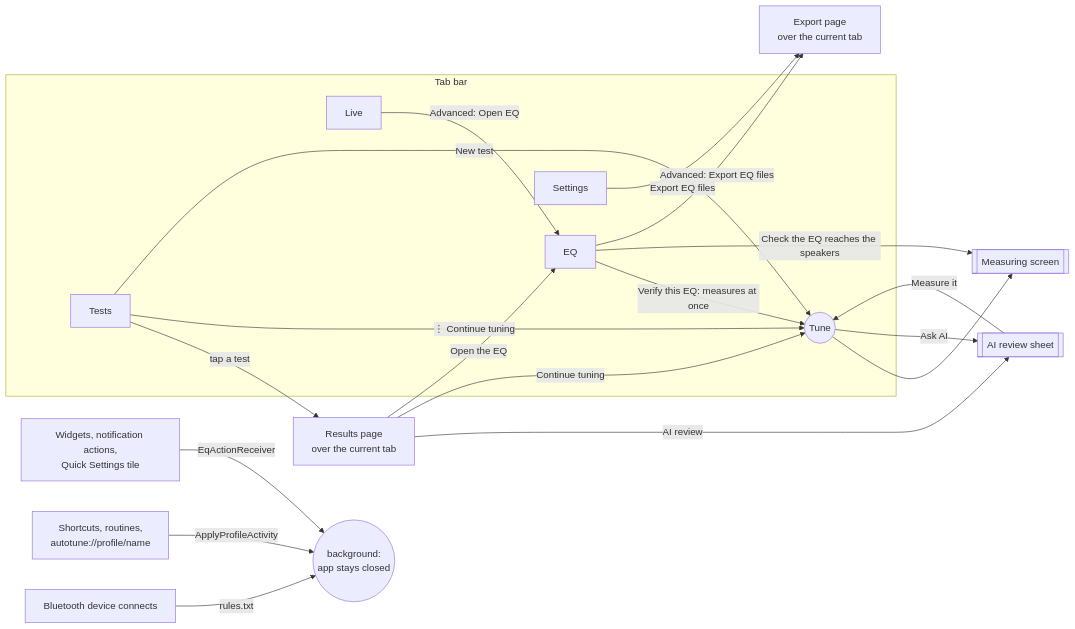
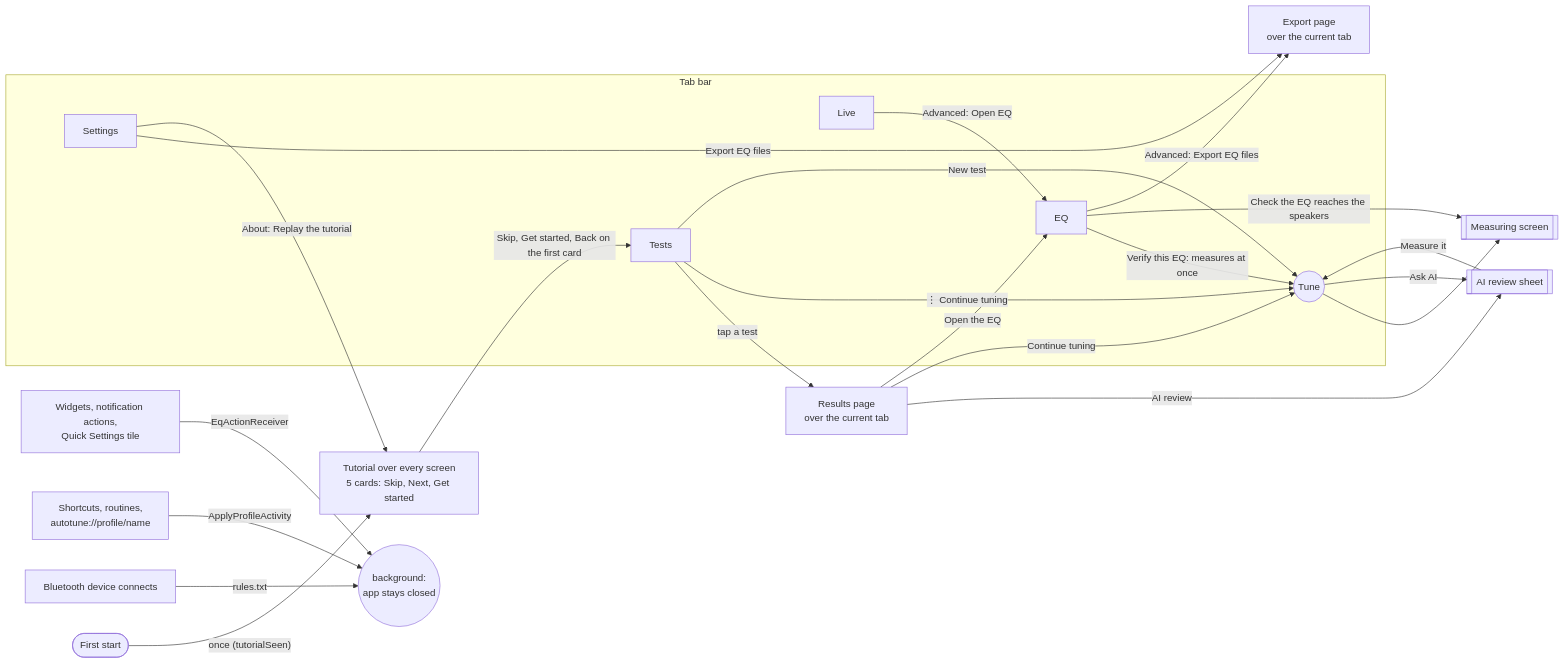
One commit to qawalah/AutoTune changed the second of 2 diagrams in FLOW.md. Above: the diagram before and after it, drawn with Mermaid. The commit also changed 4 other files, not shown here.

First line of the commit message:
2.10.0: first-start tutorial

````diff
--- a/FLOW.md
+++ b/FLOW.md
@@ -59,27 +59,30 @@
 ```mermaid
 flowchart LR
   subgraph Bar["Tab bar"]
     T["Tests"]
     EQ["EQ"]
     TU(("Tune"))
     L["Live"]
     ST["Settings"]
   end
   T -->|"tap a test"| RP["Results page<br/>over the current tab"]
   T -->|"⋮ Continue tuning"| TU
   T -->|"New test"| TU
   RP -->|"Continue tuning"| TU
   RP -->|"Open the EQ"| EQ
   RP -->|"AI review"| AI[["AI review sheet"]]
   EQ -->|"Verify this EQ: measures at once"| TU
   EQ -->|"Check the EQ reaches the speakers"| MV[["Measuring screen"]]
   EQ -->|"Advanced: Export EQ files"| X["Export page<br/>over the current tab"]
   ST -->|"Export EQ files"| X
   TU --> MV
   TU -->|"Ask AI"| AI
   AI -->|"Measure it"| TU
   L -->|"Advanced: Open EQ"| EQ
   W["Widgets, notification actions,<br/>Quick Settings tile"] -->|"EqActionReceiver"| BG(("background:<br/>app stays closed"))
   SH["Shortcuts, routines,<br/>autotune://profile/name"] -->|"ApplyProfileActivity"| BG
   BT["Bluetooth device connects"] -->|"rules.txt"| BG
+  FS(["First start"]) -->|"once (tutorialSeen)"| TUT["Tutorial over every screen<br/>5 cards: Skip, Next, Get started"]
+  TUT -->|"Skip, Get started, Back on the first card"| T
+  ST -->|"About: Replay the tutorial"| TUT
 ```
````
